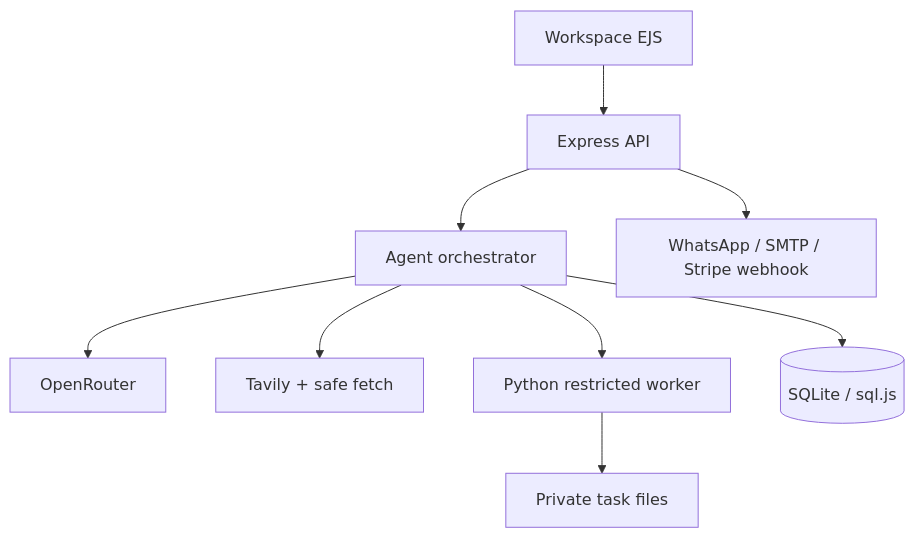
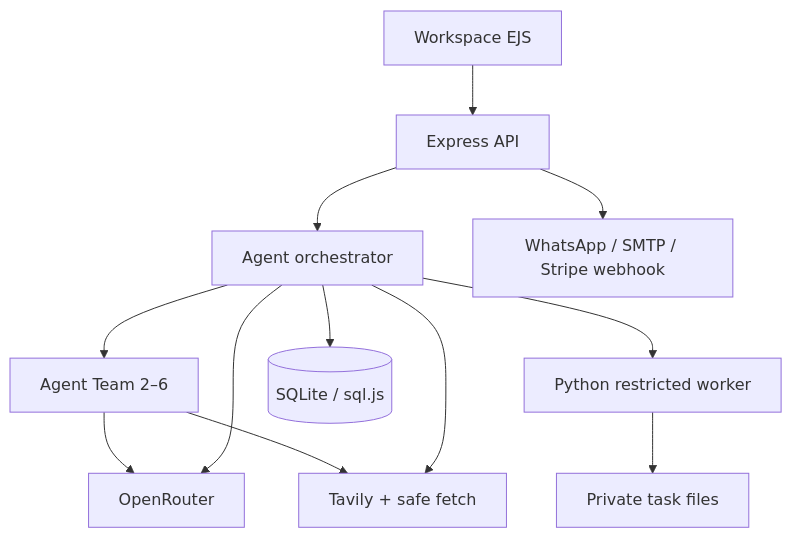
The diagram in README.md (walterzannoni90-netizen/piattaformaipersonale), drawn with Mermaid before and after one commit. The commit also changed other lines of this file and 21 other files, not shown here.

````diff
--- a/README.md
+++ b/README.md
@@ -27,11 +28,14 @@
 ```mermaid
 flowchart TD
     UI[Workspace EJS] --> API[Express API]
     API --> ORCH[Agent orchestrator]
+    ORCH --> TEAM[Agent Team 2–6]
+    TEAM --> AI
+    TEAM --> WEB
     ORCH --> AI[OpenRouter]
     ORCH --> WEB[Tavily + safe fetch]
     ORCH --> PY[Python restricted worker]
     ORCH --> CRM[(SQLite / sql.js)]
     PY --> FILES[Private task files]
     API --> CHANNELS[WhatsApp / SMTP / Stripe webhook]
 ```
````
